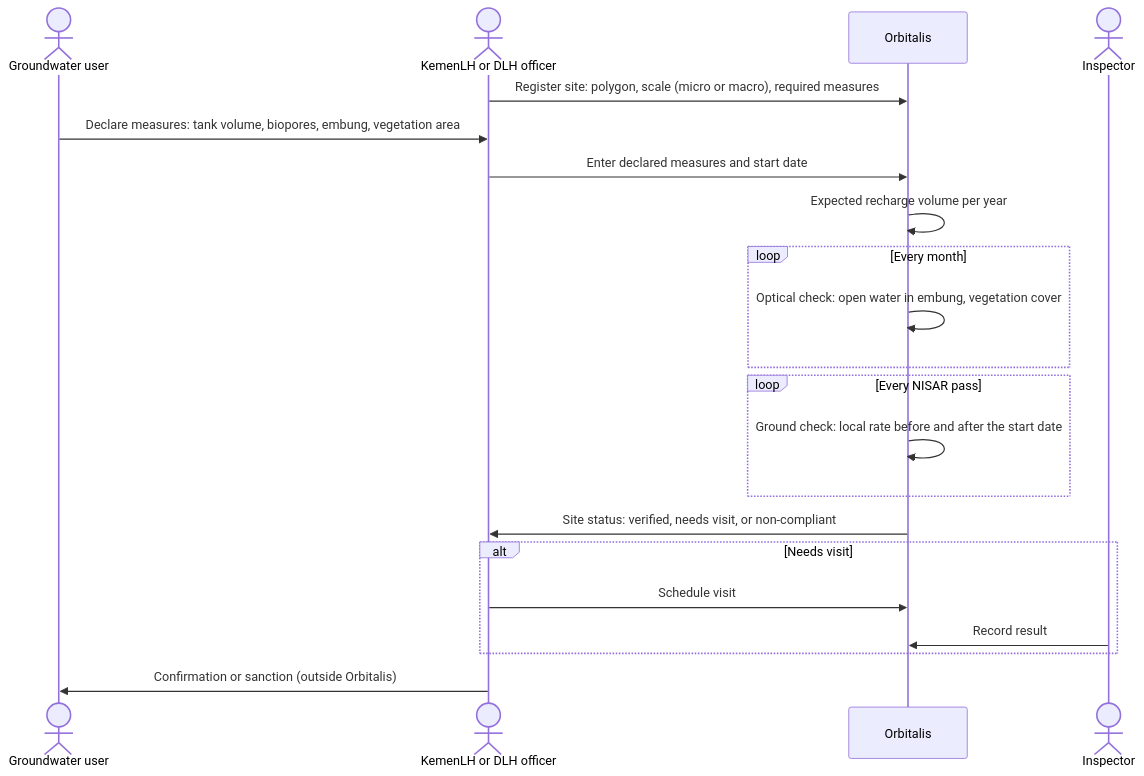
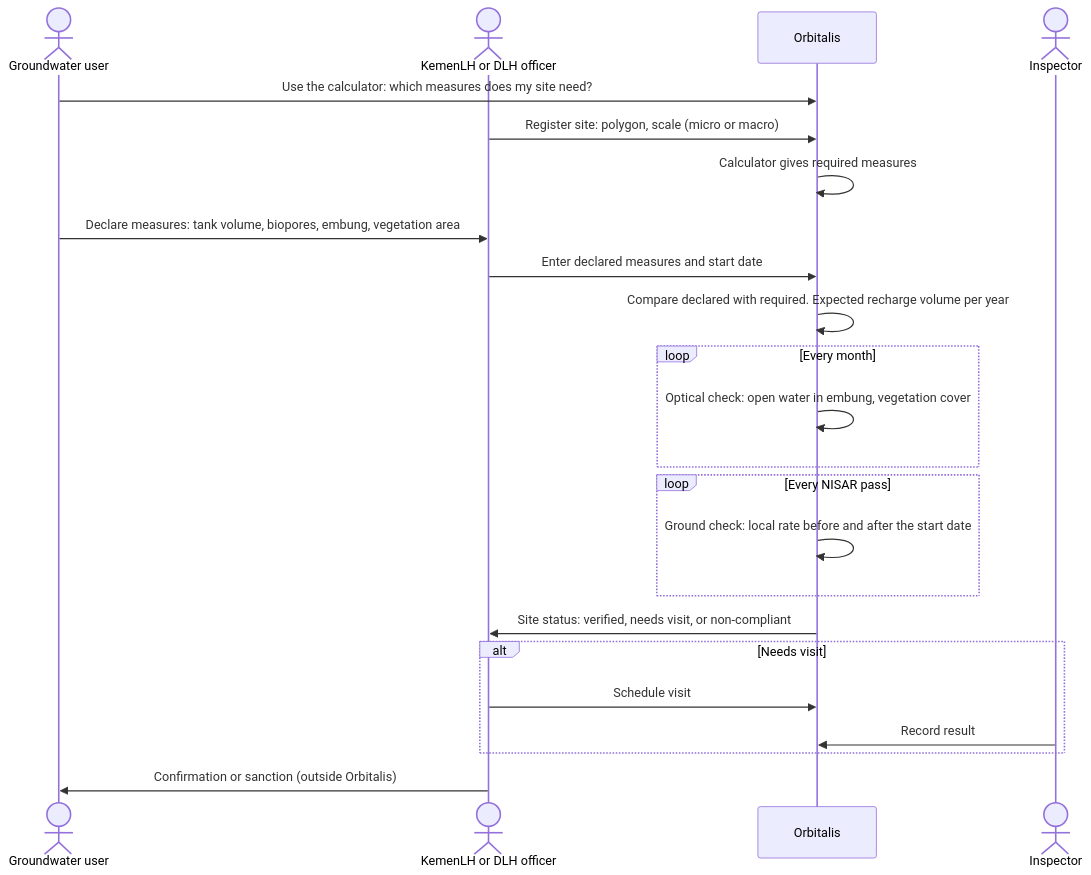
The sixth of 8 diagrams in docs/business-flow.md (halmahera-dev/orbitalis), drawn with Mermaid before and after one commit. The commit also changed other lines of this file and 2 other files, not shown here.

Commit message:
docs: add case report, pass digest, and water farming calculator features

````diff
--- a/docs/business-flow.md
+++ b/docs/business-flow.md
@@ -136,24 +139,26 @@
 ```mermaid
 sequenceDiagram
     actor U as Groundwater user
     actor K as KemenLH or DLH officer
     participant O as Orbitalis
     actor I as Inspector
 
-    K->>O: Register site: polygon, scale (micro or macro), required measures
+    U->>O: Use the calculator: which measures does my site need?
+    K->>O: Register site: polygon, scale (micro or macro)
+    O->>O: Calculator gives required measures
     U->>K: Declare measures: tank volume, biopores, embung, vegetation area
     K->>O: Enter declared measures and start date
-    O->>O: Expected recharge volume per year
+    O->>O: Compare declared with required. Expected recharge volume per year
     loop Every month
         O->>O: Optical check: open water in embung, vegetation cover
     end
     loop Every NISAR pass
         O->>O: Ground check: local rate before and after the start date
     end
     O->>K: Site status: verified, needs visit, or non-compliant
     alt Needs visit
         K->>O: Schedule visit
         I->>O: Record result
     end
     K->>U: Confirmation or sanction (outside Orbitalis)
 ```
````
